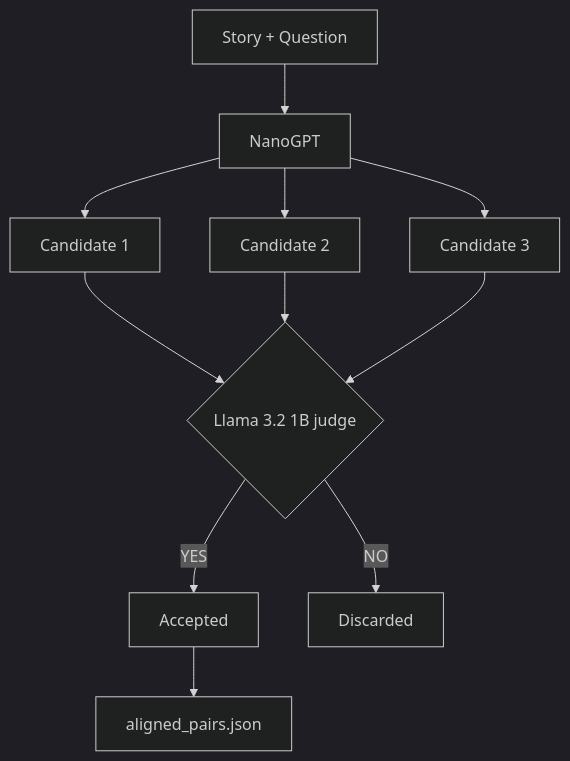
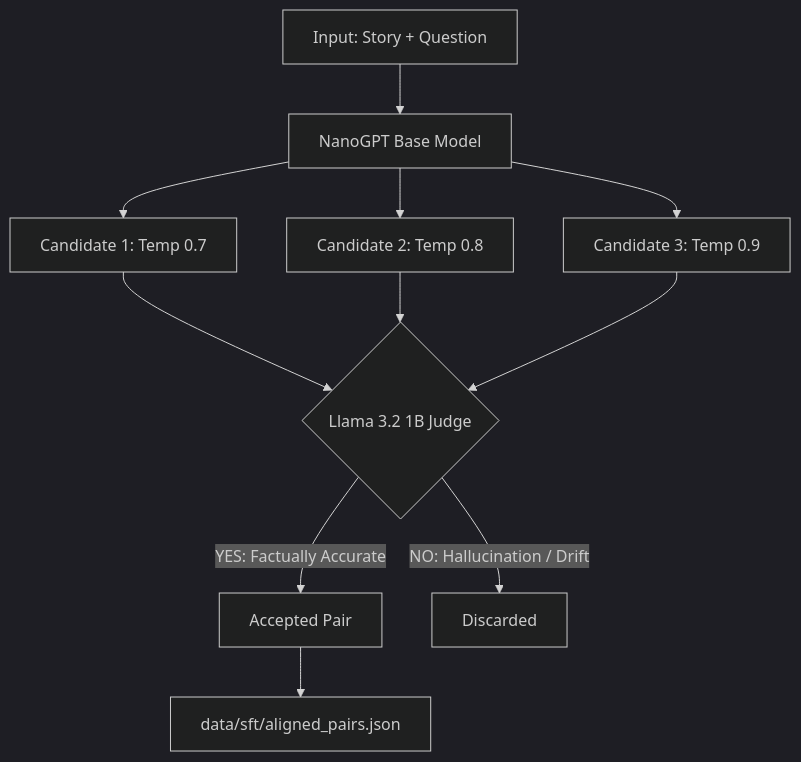
Before and after one commit to yogeshsikhwal77/nanoGPT: the third of 3 diagrams in README.md, drawn with Mermaid (dark theme). The commit also changed other lines of this file and 5 other files, not shown here.

````diff
--- a/README.md
+++ b/README.md
@@ -359,19 +348,11 @@
 ```mermaid
 flowchart TD
-
-    Q[Story + Question] --> M[NanoGPT]
-
-    M --> C1[Candidate 1]
-
-    M --> C2[Candidate 2]
-
-    M --> C3[Candidate 3]
-
-    C1 & C2 & C3 --> J{Llama 3.2 1B judge}
-
-    J -->|YES| A[Accepted]
-
-    J -->|NO| R[Discarded]
-
-    A --> S[aligned_pairs.json]
+    Q["Input: Story + Question"] --> M[NanoGPT Base Model]
+    M --> C1[Candidate 1: Temp 0.7]
+    M --> C2[Candidate 2: Temp 0.8]
+    M --> C3[Candidate 3: Temp 0.9]
+    C1 & C2 & C3 --> J{Llama 3.2 1B Judge}
+    J -->|YES: Factually Accurate| A[Accepted Pair]
+    J -->|NO: Hallucination / Drift| R[Discarded]
+    A --> S["data/sft/aligned_pairs.json"]
 ```
````
